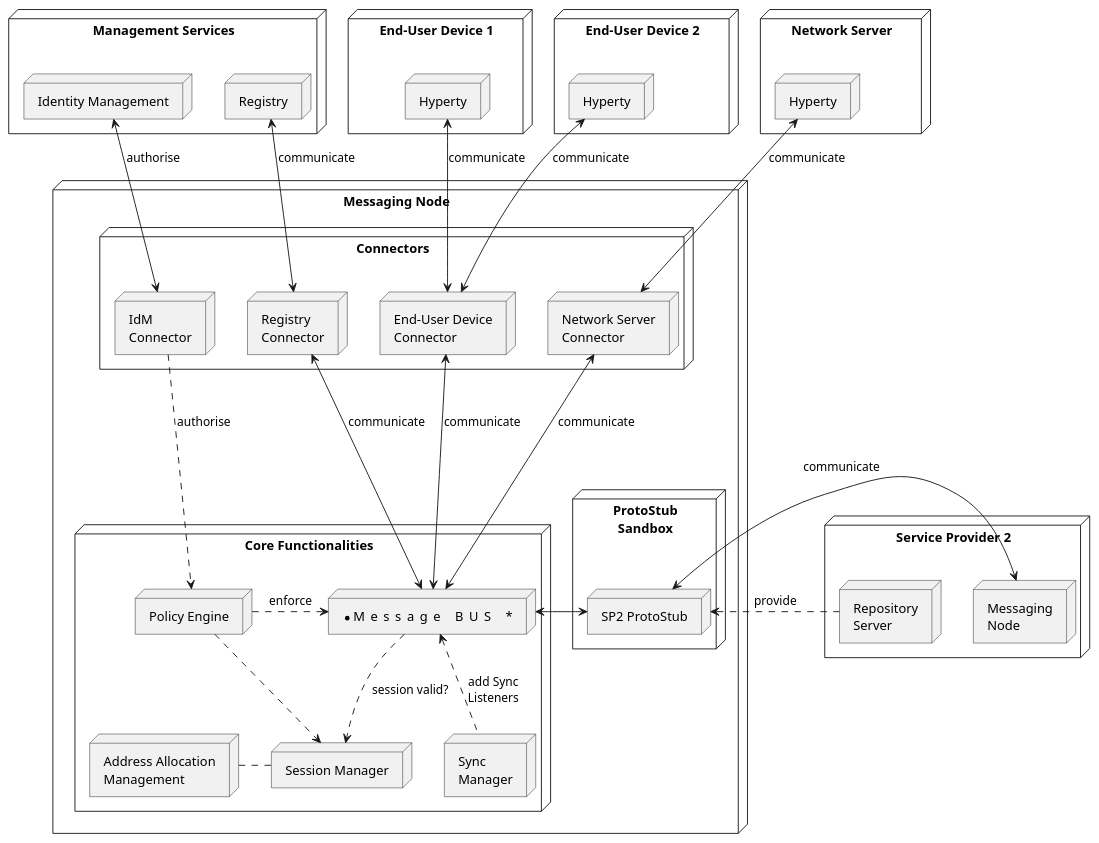
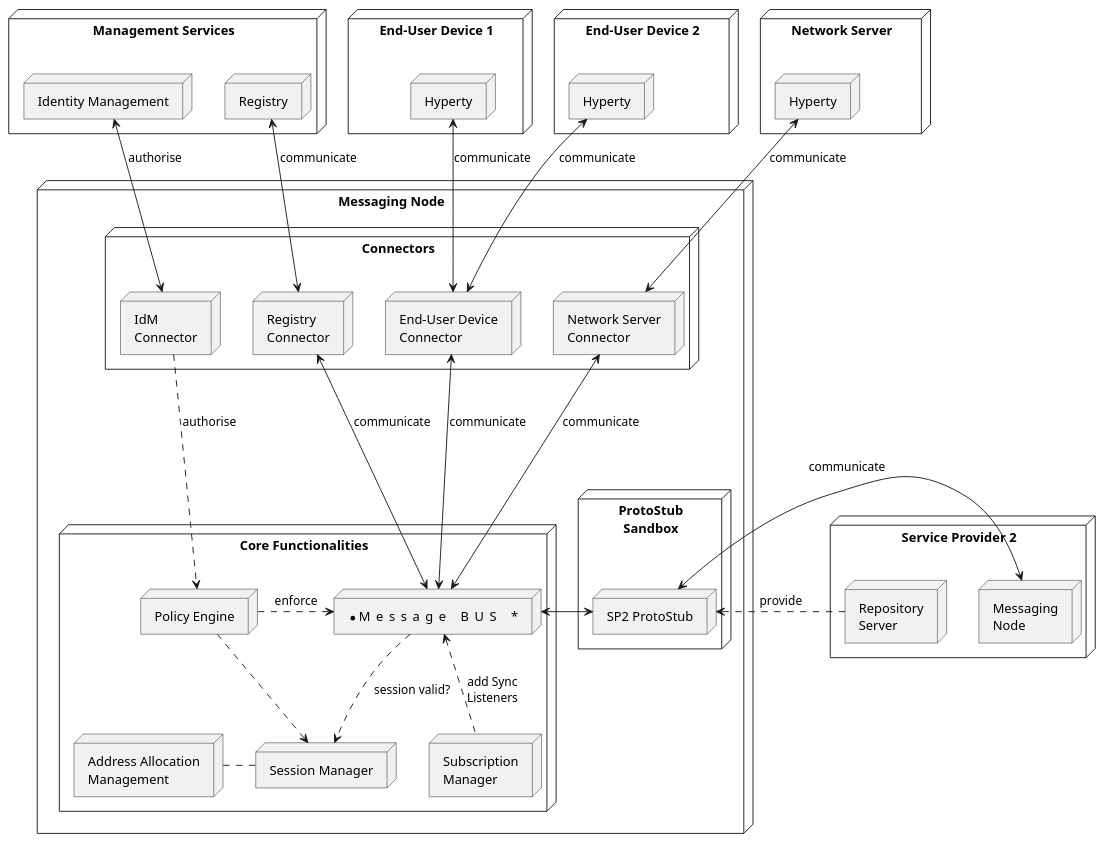
The diagram in docs/specs/msg-node/msg-node-arch.puml (reTHINK-project/dev-service-framework), drawn with PlantUML before and after one commit. The commit also changed 16 other files, not shown here.

```diff
--- a/docs/specs/msg-node/msg-node-arch.puml
+++ b/docs/specs/msg-node/msg-node-arch.puml
@@ -3,89 +3,89 @@
 @startuml "msg-node-architecture.png"
 
 
 node "Management Services" as Man1 {
 	node "Registry" as Server1
 	node "Identity Management" as IdM1
 
 }
 
 node "Service Provider 2" as SP2 {
 	node "Messaging\nNode" as Msg2
 	node "Repository\nServer" as Repo2
 }
 
 node "End-User Device 1" as User1 {
 	node "Hyperty" as H1
 }
 
 node "End-User Device 2" as User2 {
 	node "Hyperty" as H2
 }
 
 node "Network Server" as Net {
 	node "Hyperty" as H3
 }
 
 node "Messaging Node" as msg {
 
 
  node "ProtoStub\nSandbox" as Proto1Sand {
 
 	 node "SP2 ProtoStub" as Proto1
  }
 
 node "Connectors" as Conn {
 	node "IdM\nConnector" as ConnIdM
 	node "Registry\nConnector" as ConnMan
 	node "End-User Device\nConnector" as ConnUser
 	node "Network Server\nConnector" as ConnNet
 }
 
 
 node "Core Functionalities" as core {
 
  node "*            Message      BUS                *" as Bus
 
  node "Policy Engine" as BusPEP
 
  node "Session Manager" as Reg
 
  node "Address Allocation\nManagement" as ID
 
- node "Sync\nManager" as Sync
+ node "Subscription\nManager" as Sync
 
  }
 
 Repo2 ..down-> Proto1: provide
 
 Msg2 <-left-> Proto1 : communicate
 
  Bus <-right-> Proto1
 
  BusPEP ..right-> Bus : enforce
 
  ConnIdM ..down-> BusPEP : authorise
 
  BusPEP .down-> Reg
 
  Reg .left. ID
 
  Reg <-up. Bus: session valid?
 
  Sync -up.> Bus: add Sync\nListeners
 
  ConnIdM <-up-> IdM1 : authorise
 
  Bus <-up-> ConnUser : communicate
  ConnUser <-up-> H1 : communicate
 
  ConnUser <-up-> H2 : communicate
 
  Bus <-up-> ConnNet : communicate
  ConnNet <-up-> H3 : communicate
 
  Bus <-up-> ConnMan : communicate
  ConnMan <-up-> Server1 : communicate
  	}
 
 @enduml
```
